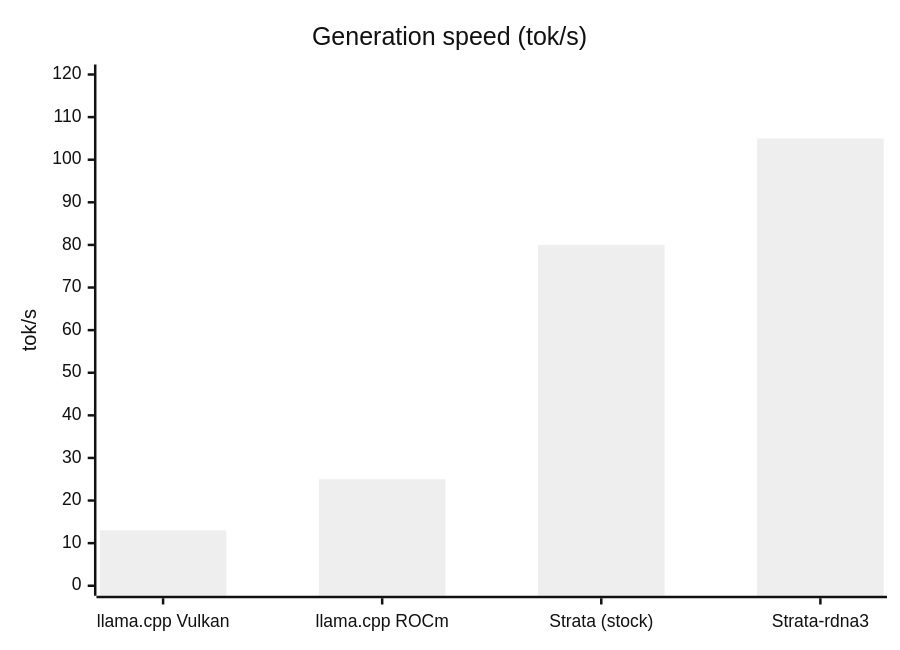
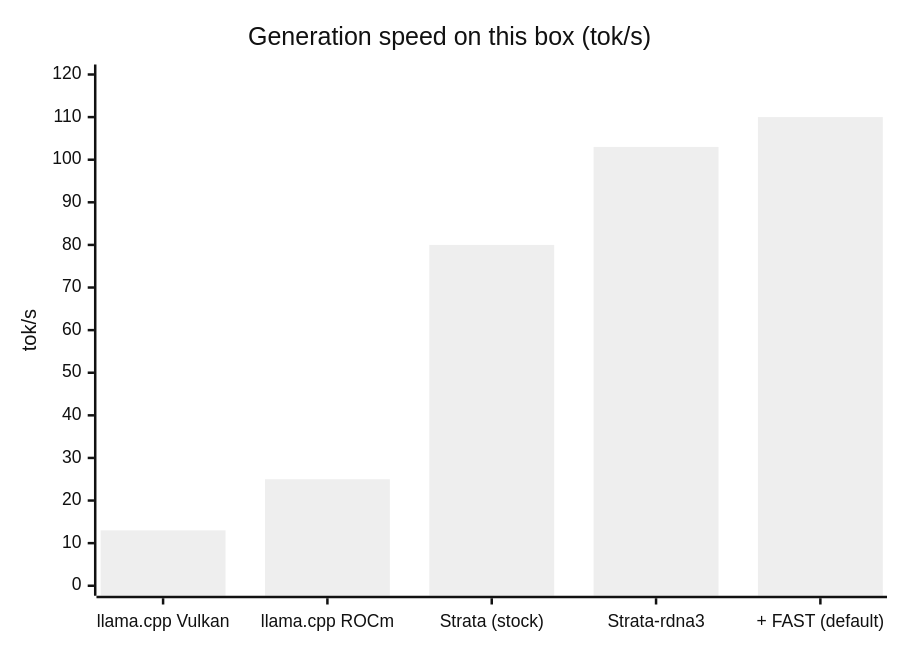
One commit to toreanjoel/rdna3-moe-tuning changed the first of 3 diagrams in README.md. Above: the diagram before and after it, drawn with Mermaid (neutral theme). The commit also changed other lines of this file and 2 other files, not shown here.

Commit message:
README for this box: hardware, FAST default results, step-time profile, all sweeps; scrub paths and host name

````diff
--- a/README.md
+++ b/README.md
@@ -14,7 +24,7 @@
 ```mermaid
 xychart-beta
-    title "Generation speed (tok/s)"
-    x-axis ["llama.cpp Vulkan", "llama.cpp ROCm", "Strata (stock)", "Strata-rdna3"]
+    title "Generation speed on this box (tok/s)"
+    x-axis ["llama.cpp Vulkan", "llama.cpp ROCm", "Strata (stock)", "Strata-rdna3", "+ FAST (default)"]
     y-axis "tok/s" 0 --> 120
-    bar [13, 25, 80, 105]
+    bar [13, 25, 80, 103, 110]
 ```
````
